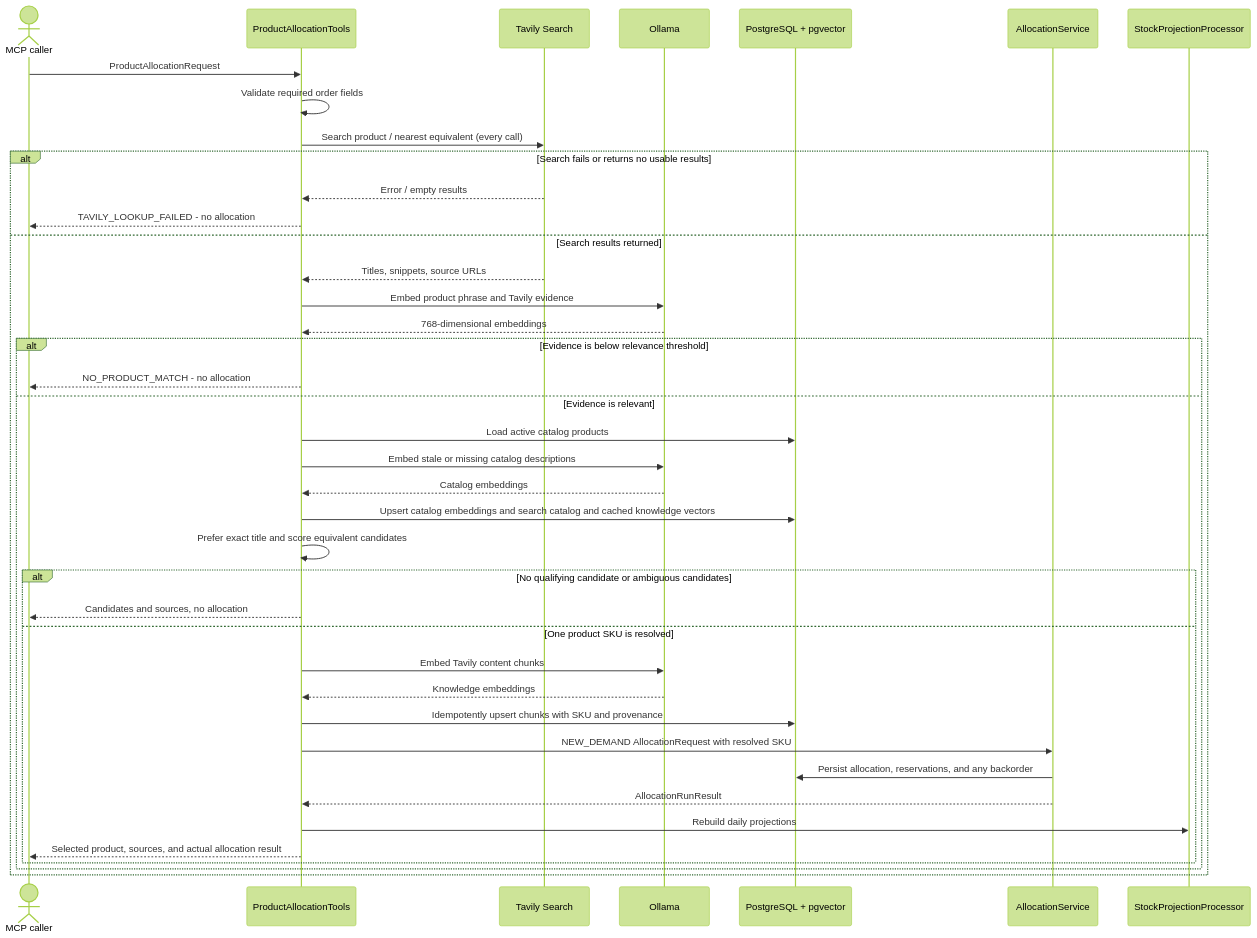
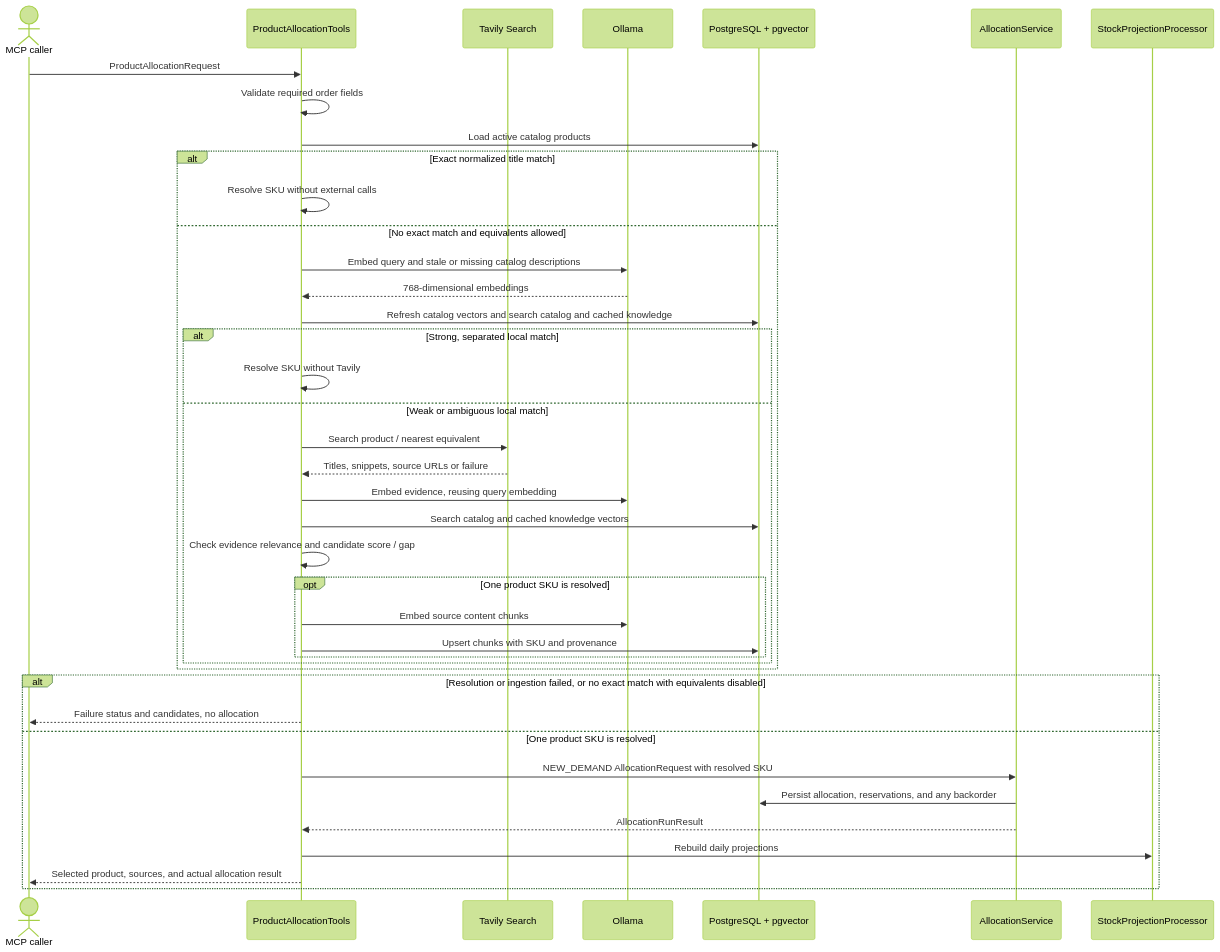
Before and after one commit to vriesjo/stockio: the second of 2 diagrams in docs/architecture.md, drawn with Mermaid (forest theme). The commit also changed other lines of this file and 38 other files, not shown here.

````diff
--- a/docs/architecture.md
+++ b/docs/architecture.md
@@ -73,43 +73,43 @@
 ```mermaid
 sequenceDiagram
     actor Caller as MCP caller
     participant Tool as ProductAllocationTools
     participant Tavily as Tavily Search
     participant Ollama
     participant DB as PostgreSQL + pgvector
     participant Alloc as AllocationService
     participant Projection as StockProjectionProcessor
 
     Caller->>Tool: ProductAllocationRequest
     Tool->>Tool: Validate required order fields
-    Tool->>Tavily: Search product / nearest equivalent (every call)
-    alt Search fails or returns no usable results
-        Tavily-->>Tool: Error / empty results
-        Tool-->>Caller: TAVILY_LOOKUP_FAILED - no allocation
-    else Search results returned
-        Tavily-->>Tool: Titles, snippets, source URLs
-        Tool->>Ollama: Embed product phrase and Tavily evidence
+    Tool->>DB: Load active catalog products
+    alt Exact normalized title match
+        Tool->>Tool: Resolve SKU without external calls
+    else No exact match and equivalents allowed
+        Tool->>Ollama: Embed query and stale or missing catalog descriptions
         Ollama-->>Tool: 768-dimensional embeddings
-        alt Evidence is below relevance threshold
-            Tool-->>Caller: NO_PRODUCT_MATCH - no allocation
-        else Evidence is relevant
-            Tool->>DB: Load active catalog products
-            Tool->>Ollama: Embed stale or missing catalog descriptions
-            Ollama-->>Tool: Catalog embeddings
-            Tool->>DB: Upsert catalog embeddings and search catalog and cached knowledge vectors
-            Tool->>Tool: Prefer exact title and score equivalent candidates
-            alt No qualifying candidate or ambiguous candidates
-                Tool-->>Caller: Candidates and sources, no allocation
-            else One product SKU is resolved
-                Tool->>Ollama: Embed Tavily content chunks
-                Ollama-->>Tool: Knowledge embeddings
-                Tool->>DB: Idempotently upsert chunks with SKU and provenance
-                Tool->>Alloc: NEW_DEMAND AllocationRequest with resolved SKU
-                Alloc->>DB: Persist allocation, reservations, and any backorder
-                Alloc-->>Tool: AllocationRunResult
-                Tool->>Projection: Rebuild daily projections
-                Tool-->>Caller: Selected product, sources, and actual allocation result
+        Tool->>DB: Refresh catalog vectors and search catalog and cached knowledge
+        alt Strong, separated local match
+            Tool->>Tool: Resolve SKU without Tavily
+        else Weak or ambiguous local match
+            Tool->>Tavily: Search product / nearest equivalent
+            Tavily-->>Tool: Titles, snippets, source URLs or failure
+            Tool->>Ollama: Embed evidence, reusing query embedding
+            Tool->>DB: Search catalog and cached knowledge vectors
+            Tool->>Tool: Check evidence relevance and candidate score / gap
+            opt One product SKU is resolved
+                Tool->>Ollama: Embed source content chunks
+                Tool->>DB: Upsert chunks with SKU and provenance
             end
         end
     end
+    alt Resolution or ingestion failed, or no exact match with equivalents disabled
+        Tool-->>Caller: Failure status and candidates, no allocation
+    else One product SKU is resolved
+        Tool->>Alloc: NEW_DEMAND AllocationRequest with resolved SKU
+        Alloc->>DB: Persist allocation, reservations, and any backorder
+        Alloc-->>Tool: AllocationRunResult
+        Tool->>Projection: Rebuild daily projections
+        Tool-->>Caller: Selected product, sources, and actual allocation result
+    end
 ```
````
